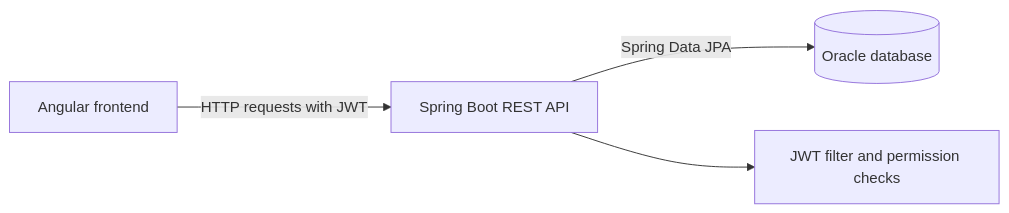
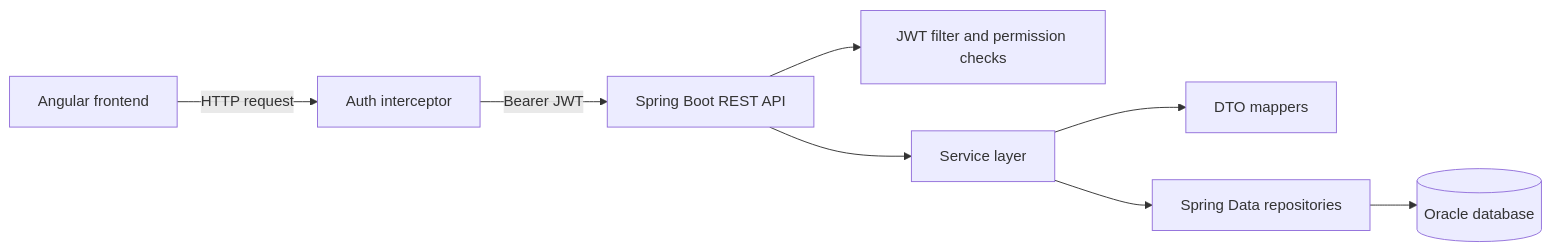
Before and after one commit to CatalinMicu/eos-task-platform: the diagram in README.md, drawn with Mermaid. The commit also changed other lines of this file, not shown here.

````diff
--- a/README.md
+++ b/README.md
@@ -29,6 +58,10 @@
 ```mermaid
 flowchart LR
-    UI[Angular frontend] -->|HTTP requests with JWT| API[Spring Boot REST API]
-    API -->|Spring Data JPA| DB[(Oracle database)]
+    UI[Angular frontend] -->|HTTP request| INT[Auth interceptor]
+    INT -->|Bearer JWT| API[Spring Boot REST API]
     API --> SEC[JWT filter and permission checks]
+    API --> SVC[Service layer]
+    SVC --> MAP[DTO mappers]
+    SVC --> REPO[Spring Data repositories]
+    REPO --> DB[(Oracle database)]
 ```
````
